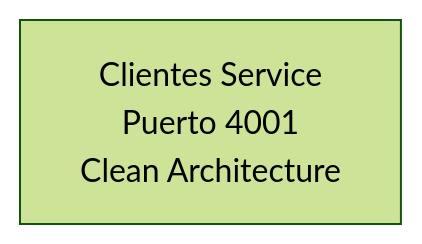
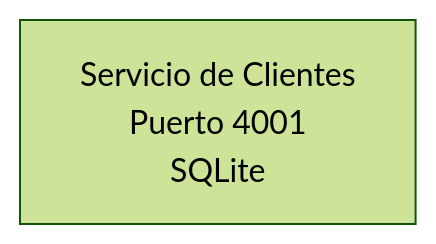
The eighth of 12 diagrams in docs/DIAGRAMAS.md (Asimpl3-Hero/RubyDoubleV), drawn with Mermaid (forest theme) before and after one commit. The commit also changed other lines of this file, not shown here.

First line of the commit message:
Update DIAGRAMAS.md

````diff
--- a/docs/DIAGRAMAS.md
+++ b/docs/DIAGRAMAS.md
@@ -199,4 +210,4 @@
 ```mermaid
 graph TB
-    A[Clientes Service<br/>Puerto 4001<br/>Clean Architecture]
+    A[Servicio de Clientes<br/>Puerto 4001<br/>SQLite]
 ```
````
